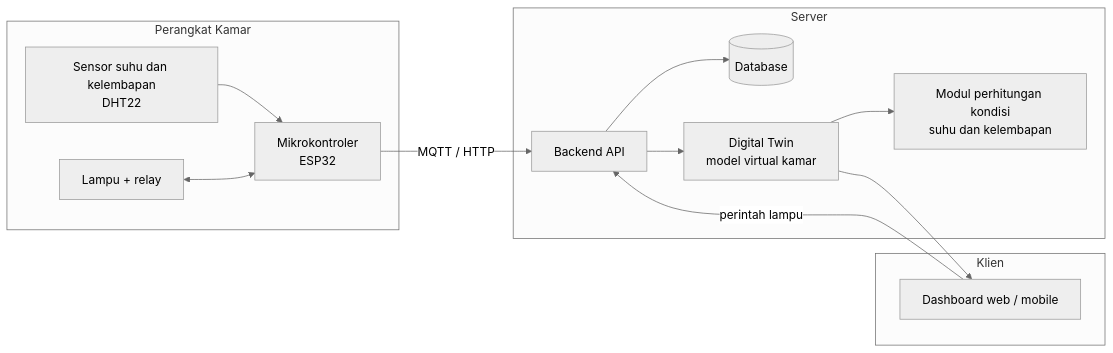
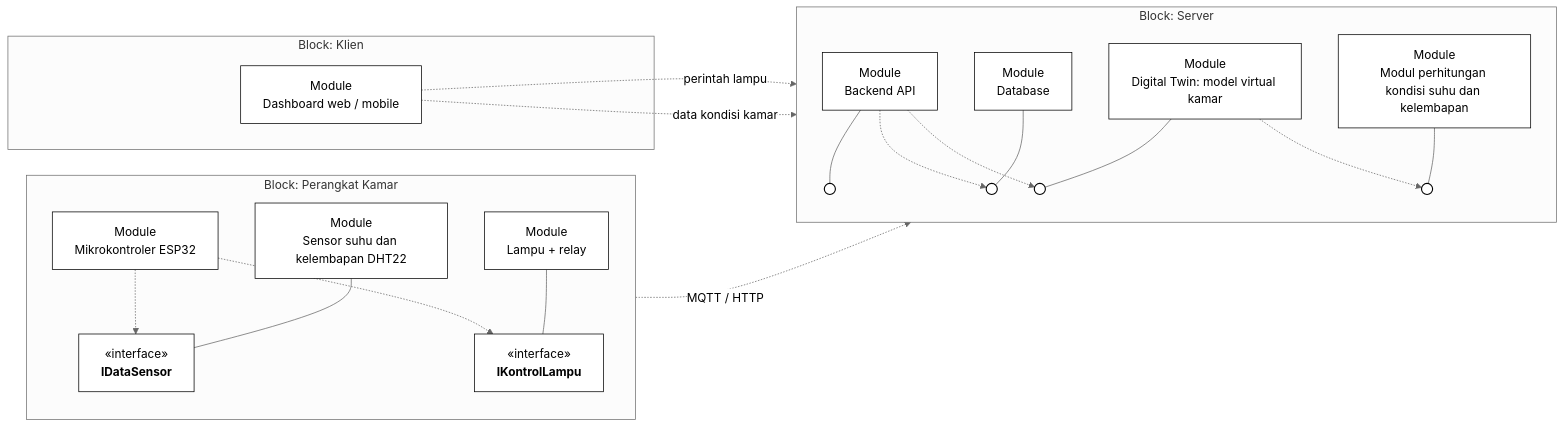
Before and after one commit to RPLUNIT032026/rental-room-digitaltwin: the diagram in diagram_uml.md/03_component.diagram.md, drawn with Mermaid (neutral theme).

````diff
--- a/diagram_uml.md/03_component.diagram.md
+++ b/diagram_uml.md/03_component.diagram.md
@@ -1,28 +1,49 @@
 ```mermaid
 flowchart LR
-    subgraph PK["Perangkat Kamar"]
-        S1["Sensor suhu dan kelembapan<br/>DHT22"]
-        M["Mikrokontroler<br/>ESP32"]
-        L["Lampu + relay"]
+    subgraph PK["Block: Perangkat Kamar"]
+        direction TB
+        IFS["«interface»<br/><b>IDataSensor</b>"]
+        IFL["«interface»<br/><b>IKontrolLampu</b>"]
+        S1["Module<br/>Sensor suhu dan kelembapan DHT22"]
+        M["Module<br/>Mikrokontroler ESP32"]
+        L["Module<br/>Lampu + relay"]
+        M -.-> IFS
+        M -.-> IFL
+        S1 --- IFS
+        L --- IFL
     end
 
-    subgraph SV["Server"]
-        B["Backend API"]
-        D[("Database")]
-        T["Digital Twin<br/>model virtual kamar"]
-        K["Modul perhitungan kondisi<br/>suhu dan kelembapan"]
+    subgraph SV["Block: Server"]
+        direction TB
+        B["Module<br/>Backend API"]
+        D["Module<br/>Database"]
+        T["Module<br/>Digital Twin: model virtual kamar"]
+        K["Module<br/>Modul perhitungan kondisi suhu dan kelembapan"]
+        PB(( ))
+        PD(( ))
+        PT(( ))
+        PK2(( ))
+        B --- PB
+        D --- PD
+        T --- PT
+        K --- PK2
+        B -.-> PD
+        B -.-> PT
+        T -.-> PK2
     end
 
-    subgraph KL["Klien"]
-        U["Dashboard web / mobile"]
+    subgraph KL["Block: Klien"]
+        U["Module<br/>Dashboard web / mobile"]
     end
 
-    S1 --> M
-    L <--> M
-    M -- "MQTT / HTTP" --> B
-    B --> D
-    B --> T
-    T --> K
-    T --> U
-    U -- "perintah lampu" --> B
+    M -. "MQTT / HTTP" .-> PB
+    U -. "perintah lampu" .-> PB
+    U -. "data kondisi kamar" .-> PT
+
+    classDef comp fill:#fff,stroke:#000,color:#000
+    classDef iface fill:#fff,stroke:#000,color:#000
+    classDef lolli fill:#fff,stroke:#000,stroke-width:1.5px
+    class S1,M,L,B,D,T,K,U comp
+    class IFS,IFL iface
+    class PB,PD,PT,PK2 lolli
 ```
````
